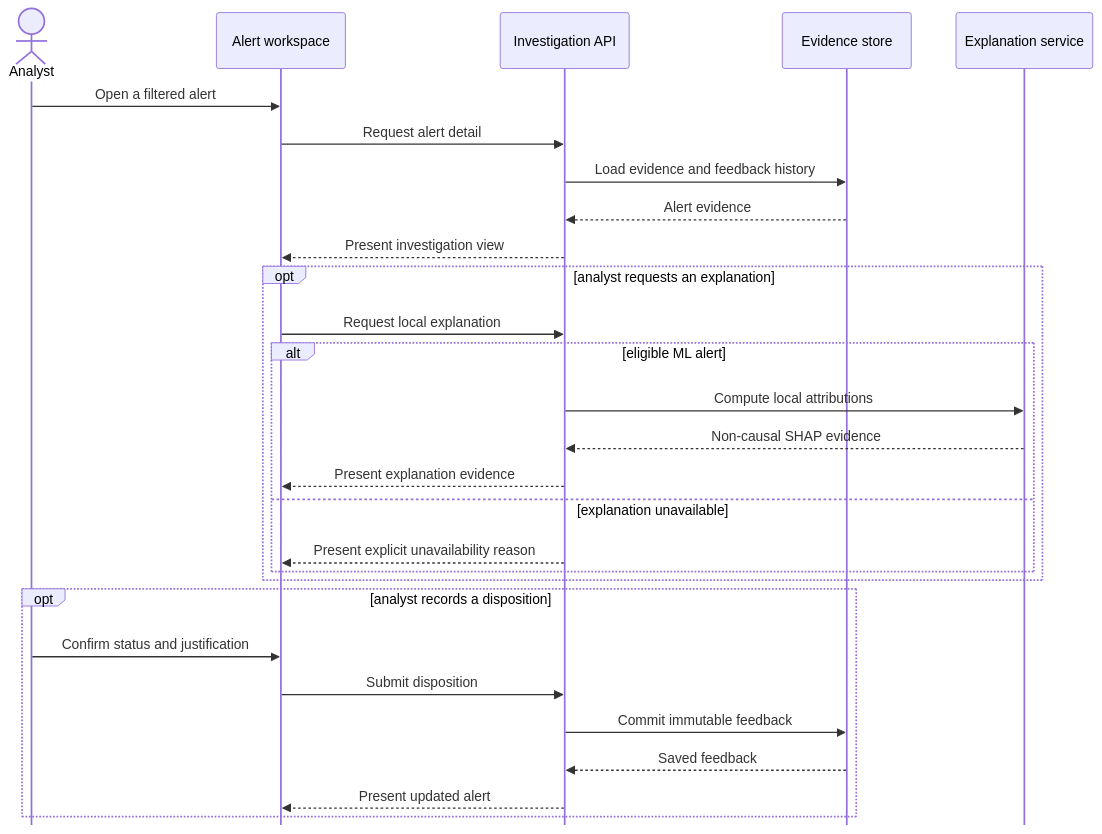
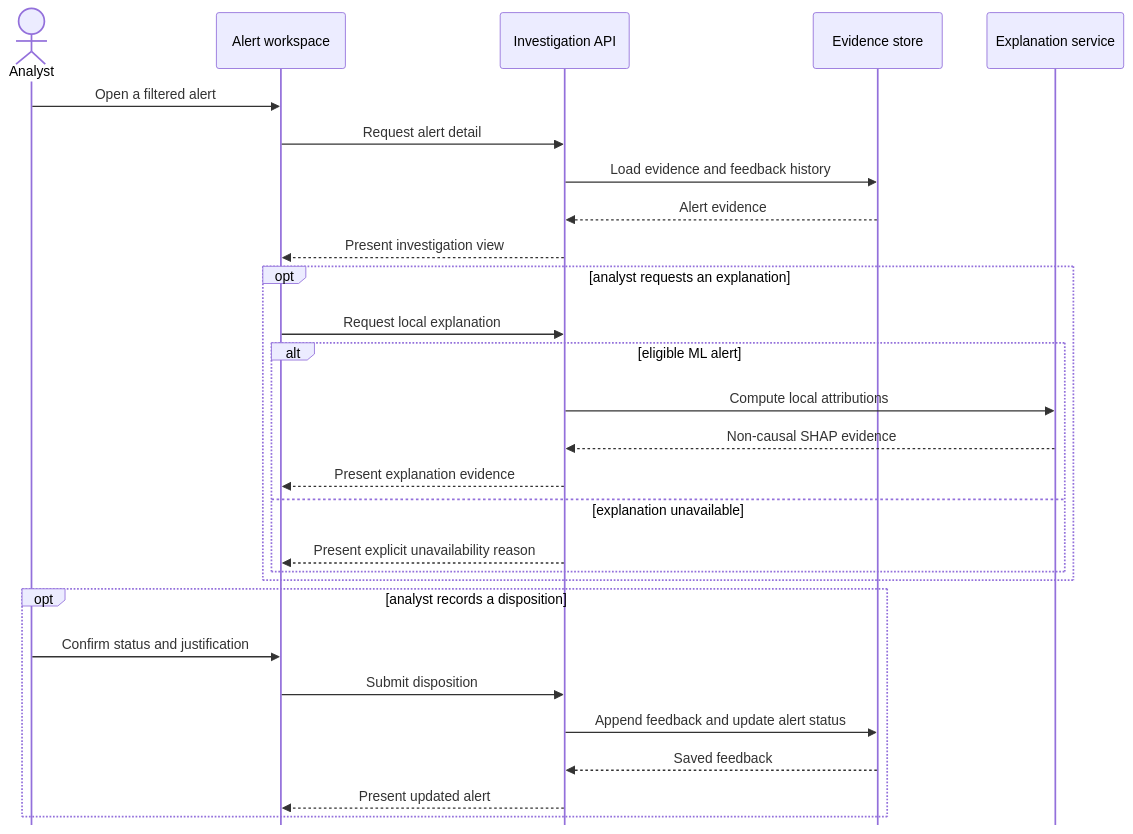
The diagram in diagrams/09-alert-investigation-sequence.mmd (ZakariaElKhaldi/4iir-sr), drawn with Mermaid before and after one commit. The commit also changed 46 other files, not shown here.

First line of the commit message:
Update main document structure and add project timeline

```diff
--- a/diagrams/09-alert-investigation-sequence.mmd
+++ b/diagrams/09-alert-investigation-sequence.mmd
@@ -1,38 +1,38 @@
 ---
 config:
   sequence:
     mirrorActors: false
     actorMargin: 52
     messageMargin: 32
 ---
 sequenceDiagram
     actor Analyst
     participant UI as Alert workspace
     participant API as Investigation API
     participant Store as Evidence store
     participant XAI as Explanation service
 
     Analyst->>UI: Open a filtered alert
     UI->>API: Request alert detail
     API->>Store: Load evidence and feedback history
     Store-->>API: Alert evidence
     API-->>UI: Present investigation view
 
     opt analyst requests an explanation
         UI->>API: Request local explanation
         alt eligible ML alert
             API->>XAI: Compute local attributions
             XAI-->>API: Non-causal SHAP evidence
             API-->>UI: Present explanation evidence
         else explanation unavailable
             API-->>UI: Present explicit unavailability reason
         end
     end
 
     opt analyst records a disposition
         Analyst->>UI: Confirm status and justification
         UI->>API: Submit disposition
-        API->>Store: Commit immutable feedback
+        API->>Store: Append feedback and update alert status
         Store-->>API: Saved feedback
         API-->>UI: Present updated alert
     end
```
